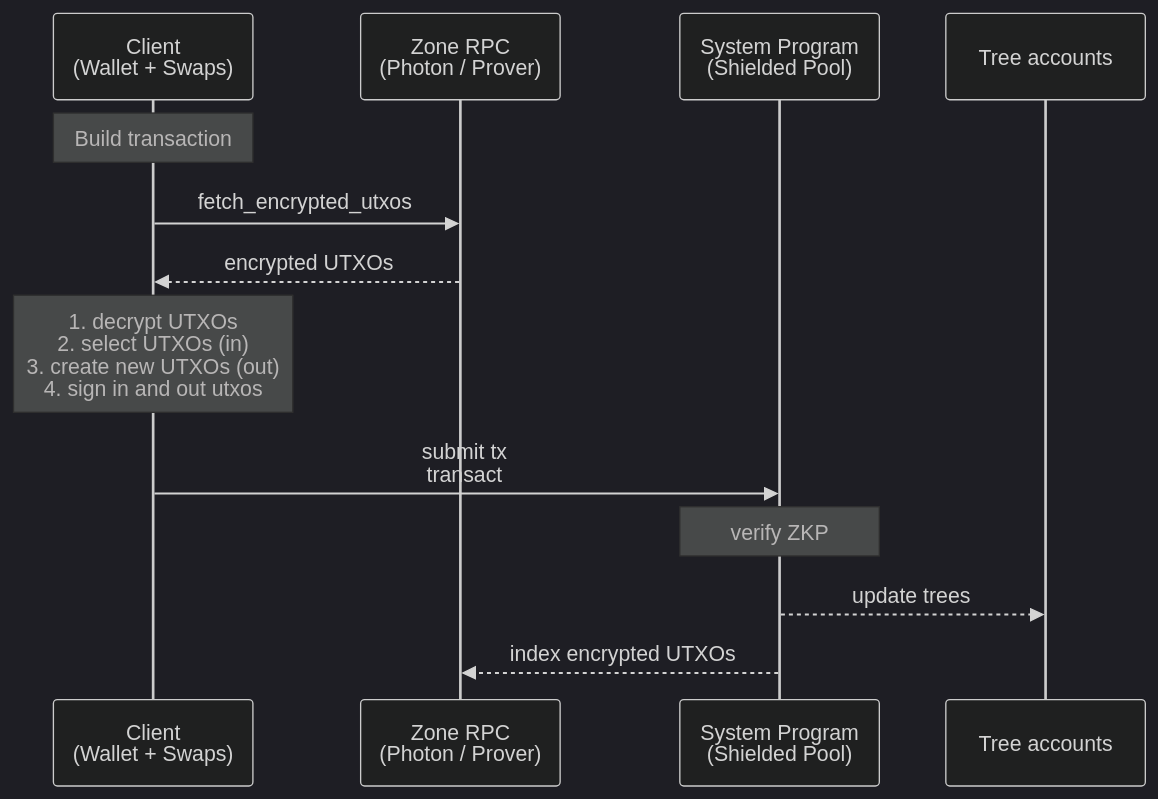
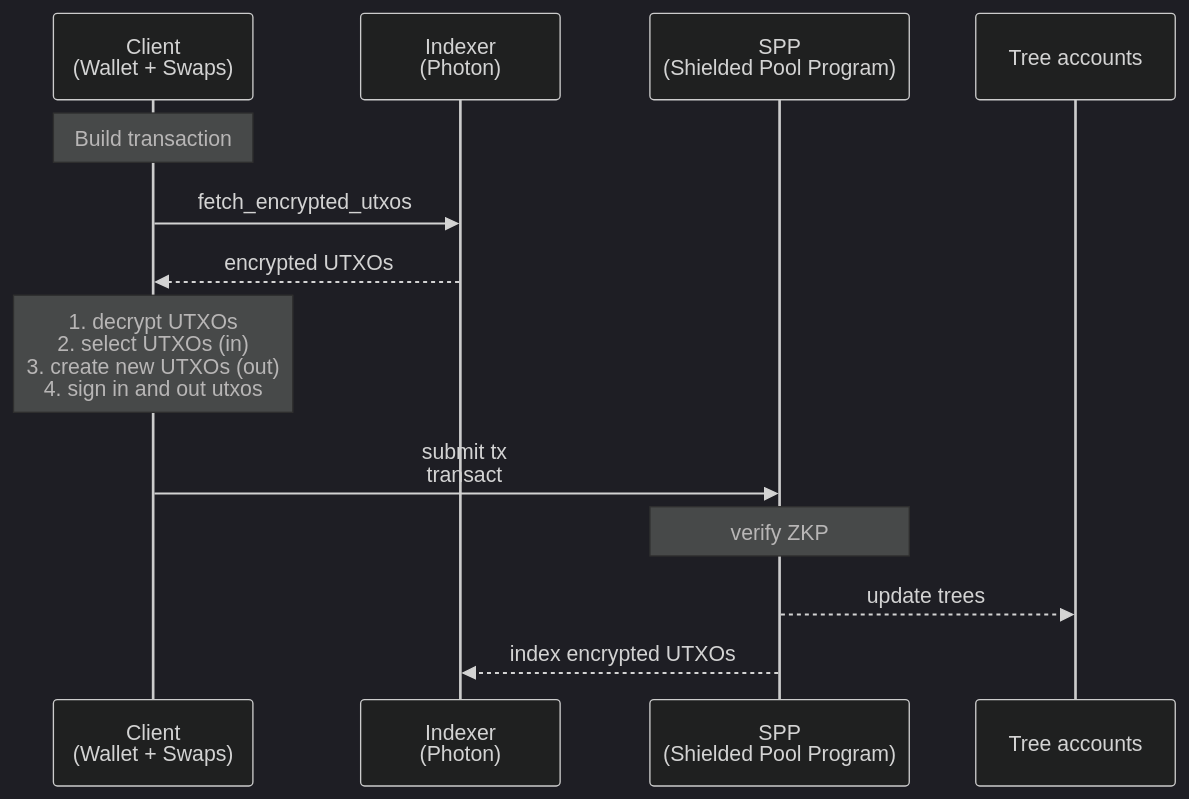
The first of 5 diagrams in docs/spec.md (helius-labs/zolana), drawn with Mermaid (dark theme) before and after one commit. The commit also changed other lines of this file, not shown here.

````diff
--- a/docs/spec.md
+++ b/docs/spec.md
@@ -183,17 +193,17 @@
 ```mermaid
 sequenceDiagram
     participant Client as Client<br>(Wallet + Swaps)
-    participant ZoneRPC as Zone RPC<br>(Photon / Prover)
-    participant System as System Program<br>(Shielded Pool)
+    participant Indexer as Indexer<br>(Photon)
+    participant SPP as SPP<br>(Shielded Pool Program)
     participant Trees as Tree accounts
 
     Note over Client: Build transaction
-    Client->>ZoneRPC: fetch_encrypted_utxos
-    ZoneRPC-->>Client: encrypted UTXOs
+    Client->>Indexer: fetch_encrypted_utxos
+    Indexer-->>Client: encrypted UTXOs
     Note over Client: 1. decrypt UTXOs <br> 2. select UTXOs (in) <br> 3. create new UTXOs (out) <br> 4. sign in and out utxos
-    Client->>System: submit tx<br>transact
+    Client->>SPP: submit tx<br>transact
 
-    Note over System: verify ZKP
-    System-->>Trees: update trees
-    System-->>ZoneRPC: index encrypted UTXOs
+    Note over SPP: verify ZKP
+    SPP-->>Trees: update trees
+    SPP-->>Indexer: index encrypted UTXOs
 ```
````
